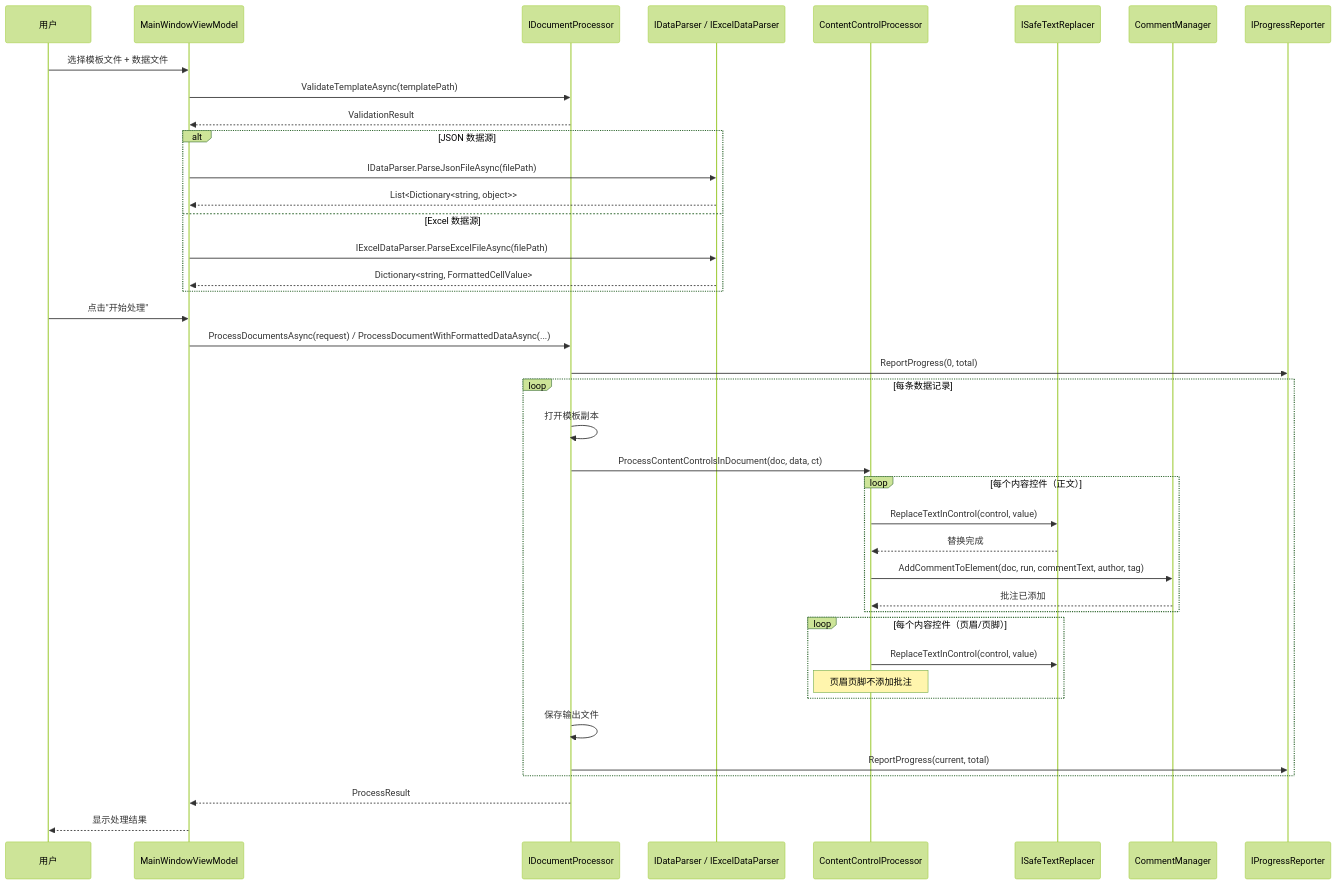
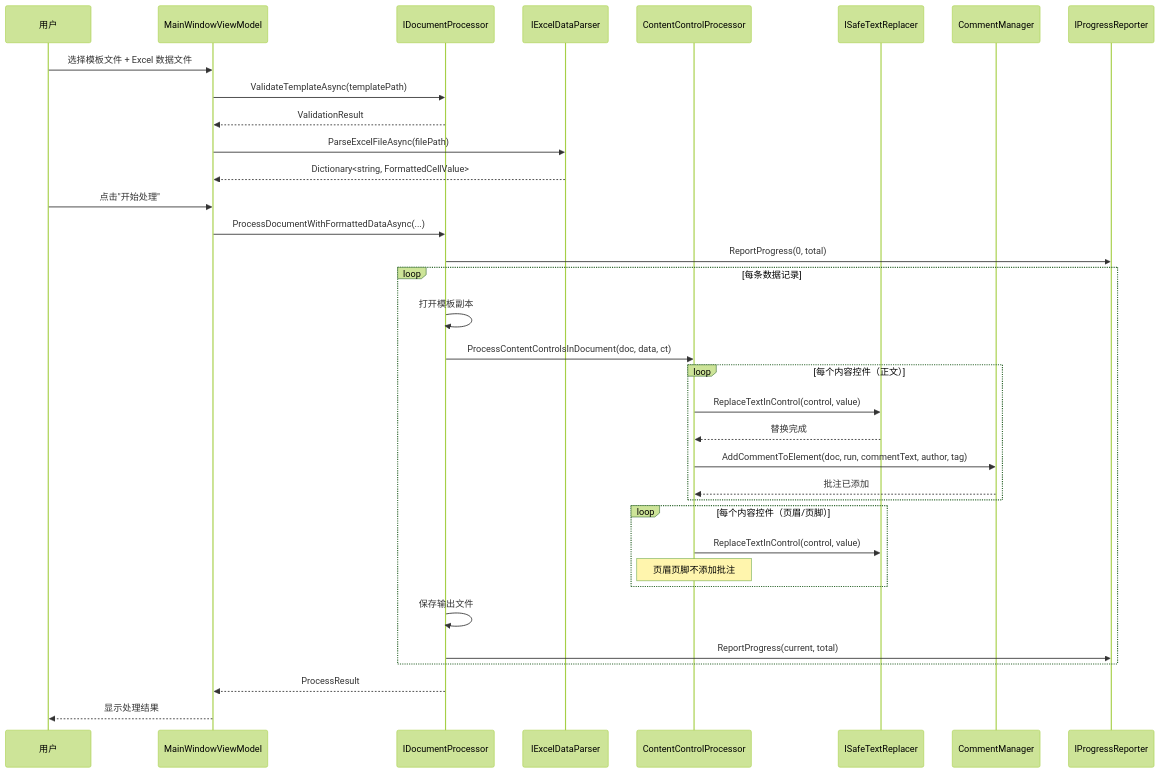
One commit to allanpk716/docx_replacer changed the third of 5 diagrams in docs/DocuFiller技术架构文档.md. Above: the diagram before and after it, drawn with Mermaid (forest theme). The commit also changed other lines of this file and 157 other files, not shown here.

````diff
--- a/docs/DocuFiller技术架构文档.md
+++ b/docs/DocuFiller技术架构文档.md
@@ -858,50 +704,45 @@
 ```mermaid
 sequenceDiagram
     participant User as 用户
     participant VM as MainWindowViewModel
     participant DP as IDocumentProcessor
-    participant JDP as IDataParser / IExcelDataParser
+    participant EDP as IExcelDataParser
     participant CCP as ContentControlProcessor
     participant STR as ISafeTextReplacer
     participant CM as CommentManager
     participant PR as IProgressReporter
 
-    User->>VM: 选择模板文件 + 数据文件
+    User->>VM: 选择模板文件 + Excel 数据文件
     VM->>DP: ValidateTemplateAsync(templatePath)
     DP-->>VM: ValidationResult
 
-    alt JSON 数据源
-        VM->>JDP: IDataParser.ParseJsonFileAsync(filePath)
-        JDP-->>VM: List<Dictionary<string, object>>
-    else Excel 数据源
-        VM->>JDP: IExcelDataParser.ParseExcelFileAsync(filePath)
-        JDP-->>VM: Dictionary<string, FormattedCellValue>
-    end
+    VM->>EDP: ParseExcelFileAsync(filePath)
+    EDP-->>VM: Dictionary<string, FormattedCellValue>
 
     User->>VM: 点击"开始处理"
-    VM->>DP: ProcessDocumentsAsync(request) / ProcessDocumentWithFormattedDataAsync(...)
+    VM->>DP: ProcessDocumentWithFormattedDataAsync(...)
     DP->>PR: ReportProgress(0, total)
 
     loop 每条数据记录
         DP->>DP: 打开模板副本
         DP->>CCP: ProcessContentControlsInDocument(doc, data, ct)
 
         loop 每个内容控件（正文）
             CCP->>STR: ReplaceTextInControl(control, value)
             STR-->>CCP: 替换完成
             CCP->>CM: AddCommentToElement(doc, run, commentText, author, tag)
             CM-->>CCP: 批注已添加
         end
 
         loop 每个内容控件（页眉/页脚）
             CCP->>STR: ReplaceTextInControl(control, value)
             Note over CCP: 页眉页脚不添加批注
         end
 
         DP->>DP: 保存输出文件
         DP->>PR: ReportProgress(current, total)
     end
 
     DP-->>VM: ProcessResult
     VM-->>User: 显示处理结果
 ```
````
